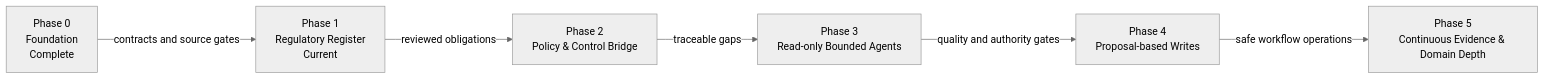
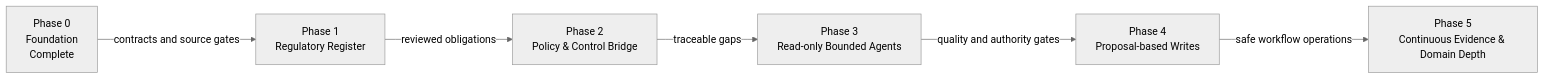
Before and after one commit to yydspanda/ciso-assistant-community: the diagram in .notes/china_financial_grc/delivery-roadmap.md, drawn with Mermaid (neutral theme). The commit also changed other lines of this file and 11 other files, not shown here.

````diff
--- a/.notes/china_financial_grc/delivery-roadmap.md
+++ b/.notes/china_financial_grc/delivery-roadmap.md
@@ -23,15 +22,15 @@
 ```mermaid
 flowchart LR
     P0["Phase 0<br/>Foundation<br/>Complete"]
-    P1["Phase 1<br/>Regulatory Register<br/>Current"]
+    P1["Phase 1<br/>Regulatory Register"]
     P2["Phase 2<br/>Policy & Control Bridge"]
     P3["Phase 3<br/>Read-only Bounded Agents"]
     P4["Phase 4<br/>Proposal-based Writes"]
     P5["Phase 5<br/>Continuous Evidence & Domain Depth"]
 
     P0 -->|contracts and source gates| P1
     P1 -->|reviewed obligations| P2
     P2 -->|traceable gaps| P3
     P3 -->|quality and authority gates| P4
     P4 -->|safe workflow operations| P5
 ```
````
